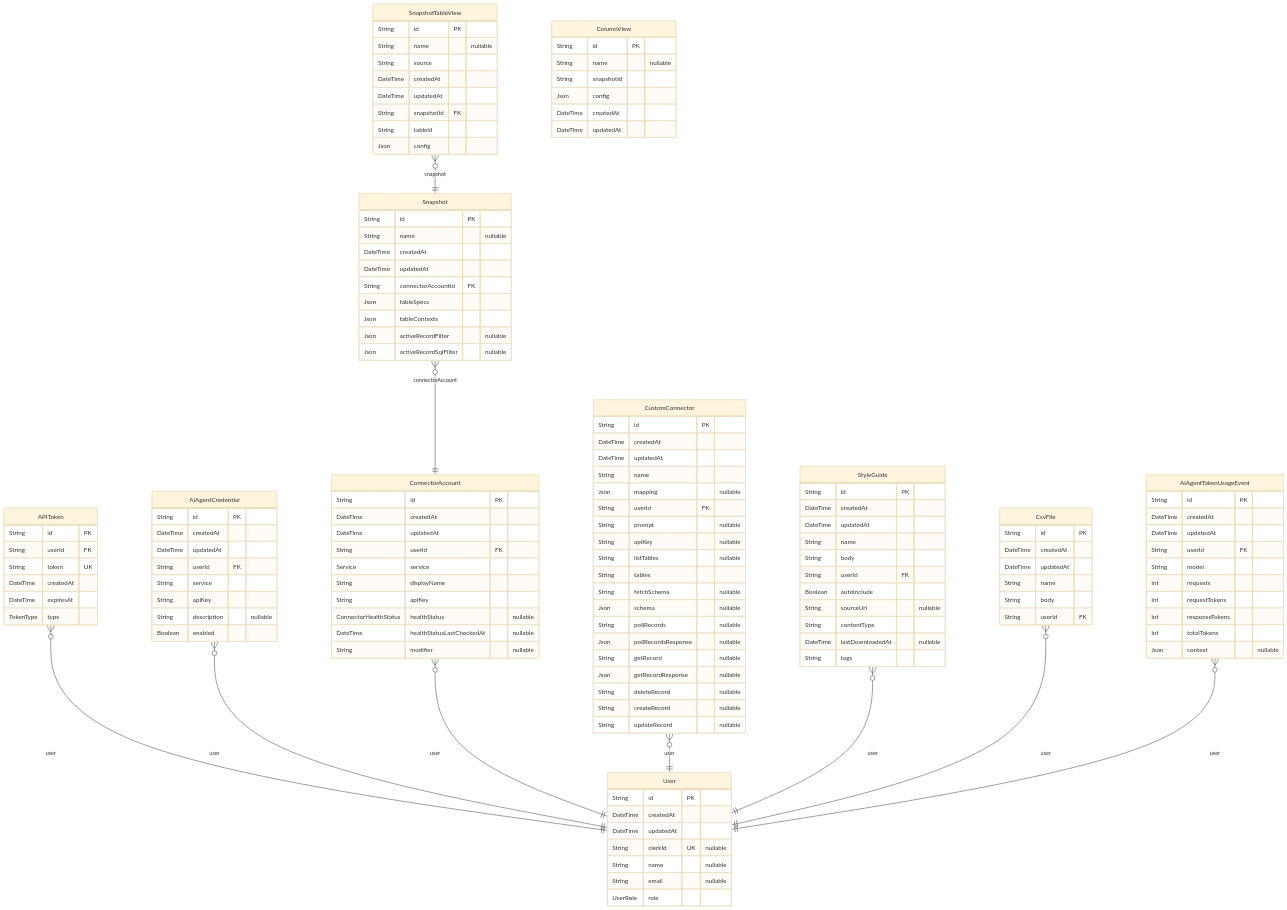
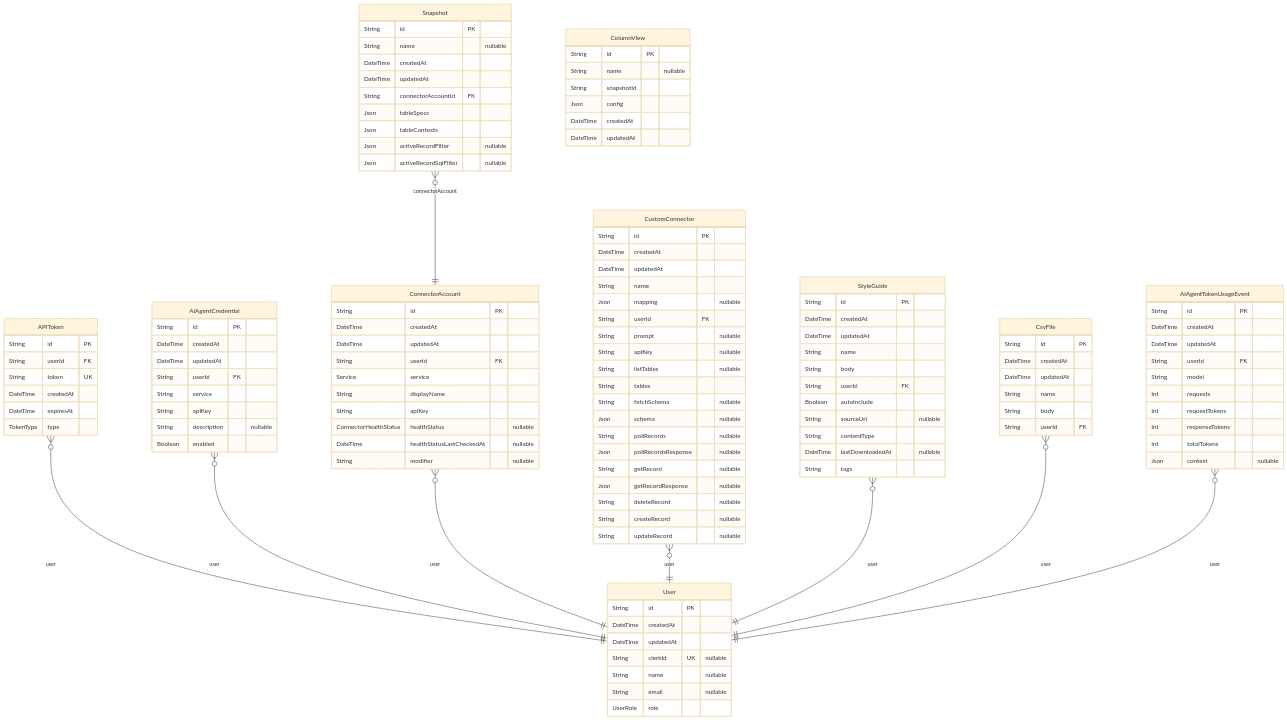
One commit to whalesync/scratch-cli changed the diagram in server/prisma/ERD.md. Above: the diagram before and after it, drawn with Mermaid (base theme). The commit also changed other lines of this file and 2 other files, not shown here.

Commit message:
[server] drop snapshot views table

```diff
--- a/server/prisma/ERD.md
+++ b/server/prisma/ERD.md
@@ -79,16 +79,6 @@
   String createRecord "nullable"
   String updateRecord "nullable"
 }
-"SnapshotTableView" {
-  String id PK
-  String name "nullable"
-  String source
-  DateTime createdAt
-  DateTime updatedAt
-  String snapshotId FK
-  String tableId
-  Json config
-}
 "StyleGuide" {
   String id PK
   DateTime createdAt
@@ -135,7 +125,6 @@
 "ConnectorAccount" }o--|| "User" : user
 "Snapshot" }o--|| "ConnectorAccount" : connectorAccount
 "CustomConnector" }o--|| "User" : user
-"SnapshotTableView" }o--|| "Snapshot" : snapshot
 "StyleGuide" }o--|| "User" : user
 "CsvFile" }o--|| "User" : user
 "AiAgentTokenUsageEvent" }o--|| "User" : user
```
